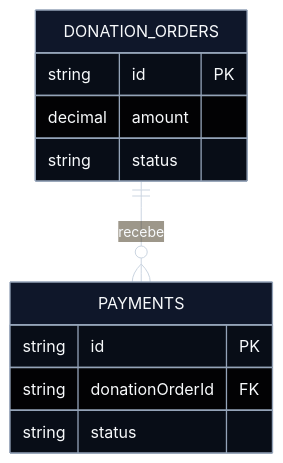
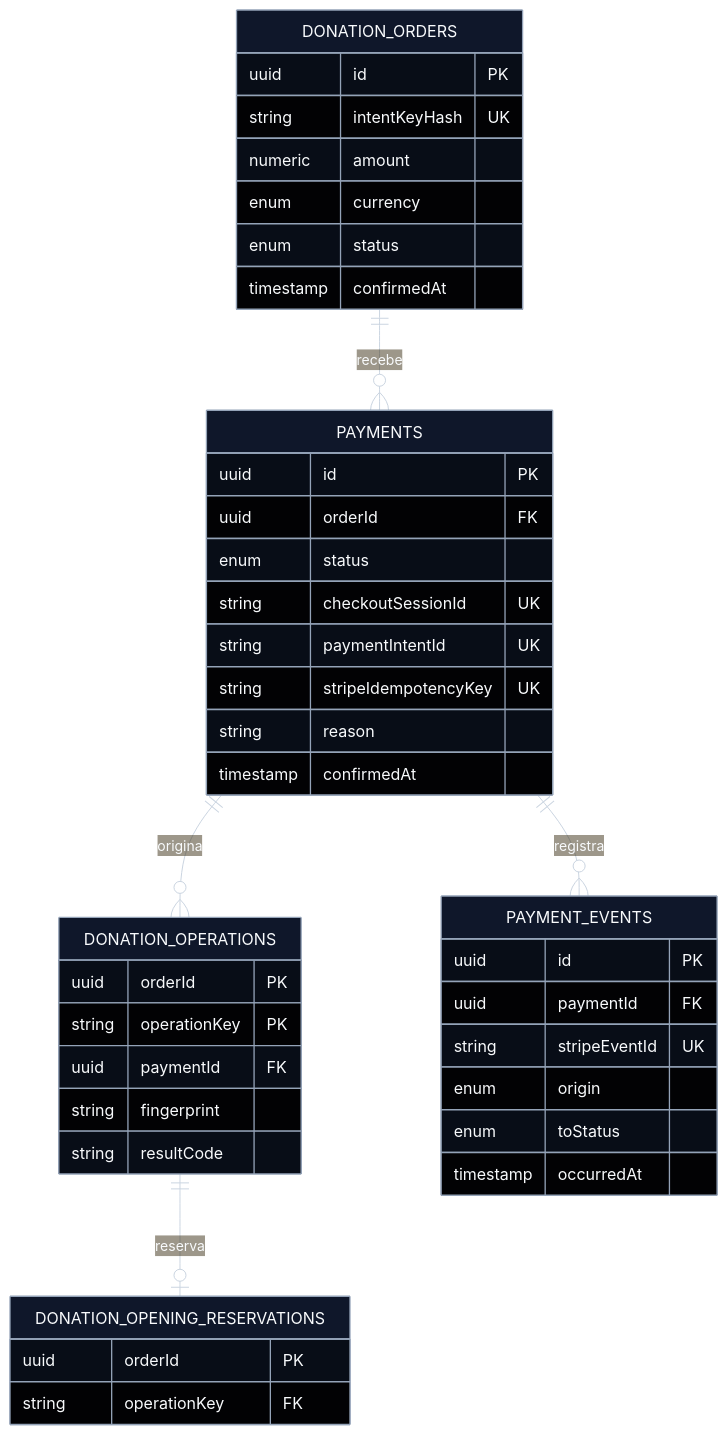
The fourth of 4 diagrams in docs/architecture.md (nicosikmoraes/motor-calculo-icms), drawn with Mermaid before and after one commit. The commit also changed other lines of this file and 3 other files, not shown here.

````diff
--- a/docs/architecture.md
+++ b/docs/architecture.md
@@ -356,32 +356,62 @@
 ```mermaid
 ---
 config:
   theme: base
   themeVariables:
     darkMode: true
     background: "#0b1220"
     primaryColor: "#0f172a"
     primaryTextColor: "#f8fafc"
     primaryBorderColor: "#94a3b8"
     lineColor: "#cbd5e1"
     textColor: "#f8fafc"
   er:
     theme: base
     fill: "#0f172a"
     stroke: "#94a3b8"
     fontSize: 16
 ---
 erDiagram
     DONATION_ORDERS ||--o{ PAYMENTS : recebe
+    PAYMENTS ||--o{ DONATION_OPERATIONS : origina
+    DONATION_OPERATIONS ||--o| DONATION_OPENING_RESERVATIONS : reserva
+    PAYMENTS ||--o{ PAYMENT_EVENTS : registra
 
     DONATION_ORDERS {
-        string id PK
-        decimal amount
-        string status
+        uuid id PK
+        string intentKeyHash UK
+        numeric amount
+        enum currency
+        enum status
+        timestamp confirmedAt
     }
     PAYMENTS {
-        string id PK
-        string donationOrderId FK
-        string status
+        uuid id PK
+        uuid orderId FK
+        enum status
+        string checkoutSessionId UK
+        string paymentIntentId UK
+        string stripeIdempotencyKey UK
+        string reason
+        timestamp confirmedAt
+    }
+    DONATION_OPERATIONS {
+        uuid orderId PK
+        string operationKey PK
+        uuid paymentId FK
+        string fingerprint
+        string resultCode
+    }
+    DONATION_OPENING_RESERVATIONS {
+        uuid orderId PK
+        string operationKey FK
+    }
+    PAYMENT_EVENTS {
+        uuid id PK
+        uuid paymentId FK
+        string stripeEventId UK
+        enum origin
+        enum toStatus
+        timestamp occurredAt
     }
 ```
````
